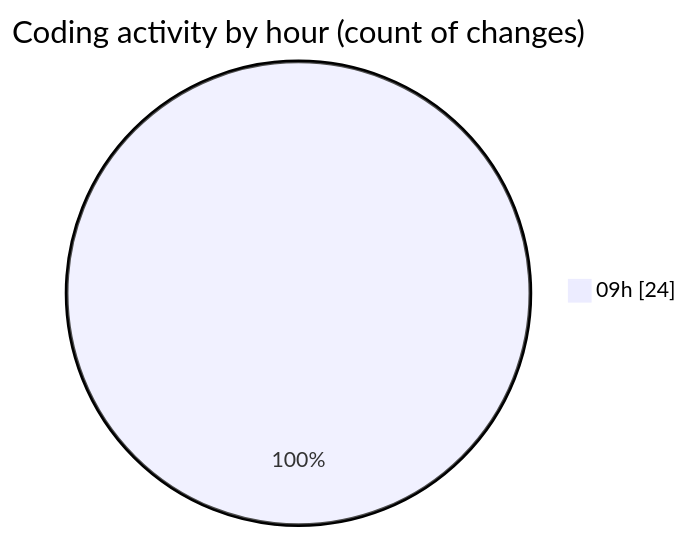
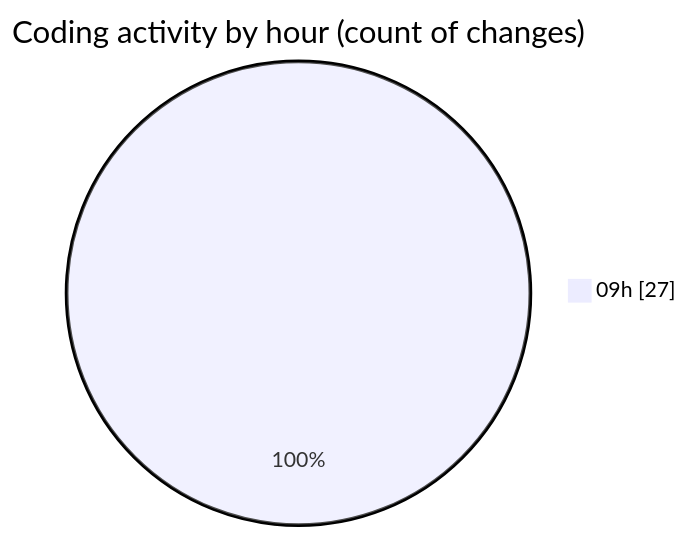
One commit to momahboobian/code-tracking changed the second of 2 diagrams in 2026-07-27/cda/README.md. Above: the diagram before and after it, drawn with Mermaid. The commit also changed other lines of this file and 1 other file, not shown here.

````diff
--- a/2026-07-27/cda/README.md
+++ b/2026-07-27/cda/README.md
@@ -35,5 +36,5 @@
 ```mermaid
 pie showData
 title Coding activity by hour (count of changes)
-"09h" : 24
+"09h" : 27
 ```
````
